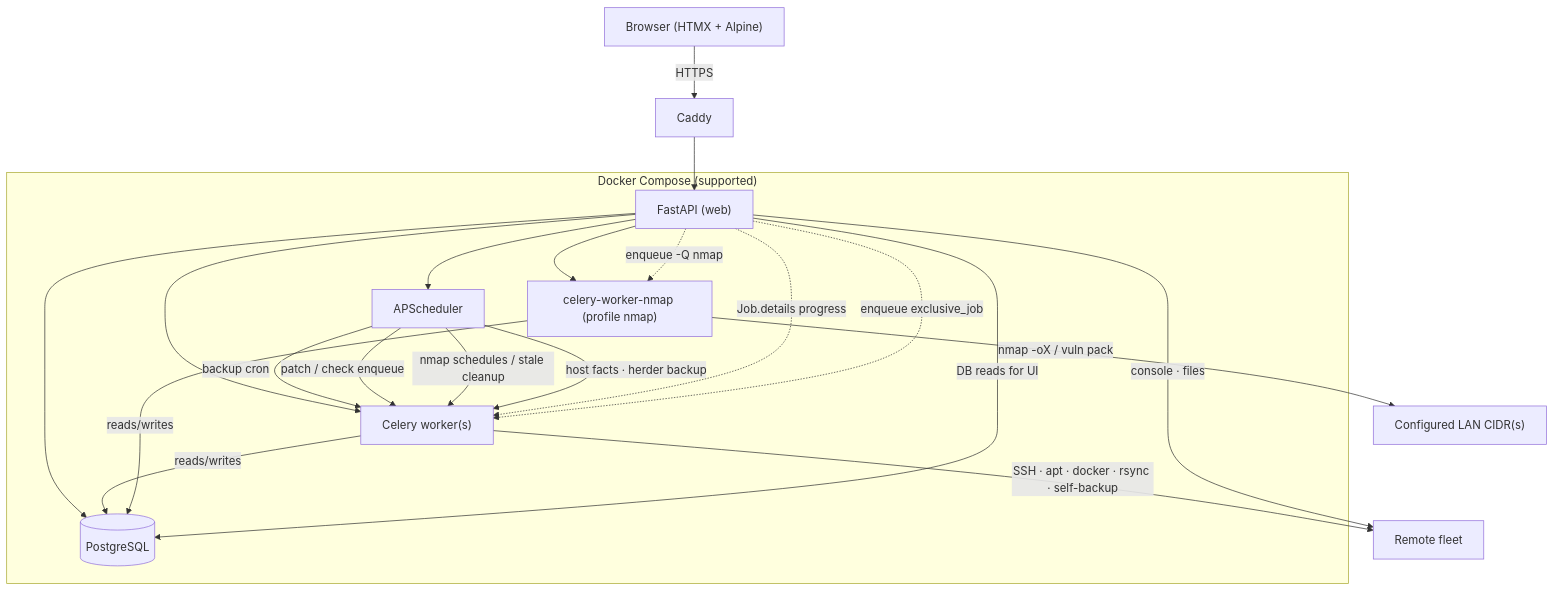
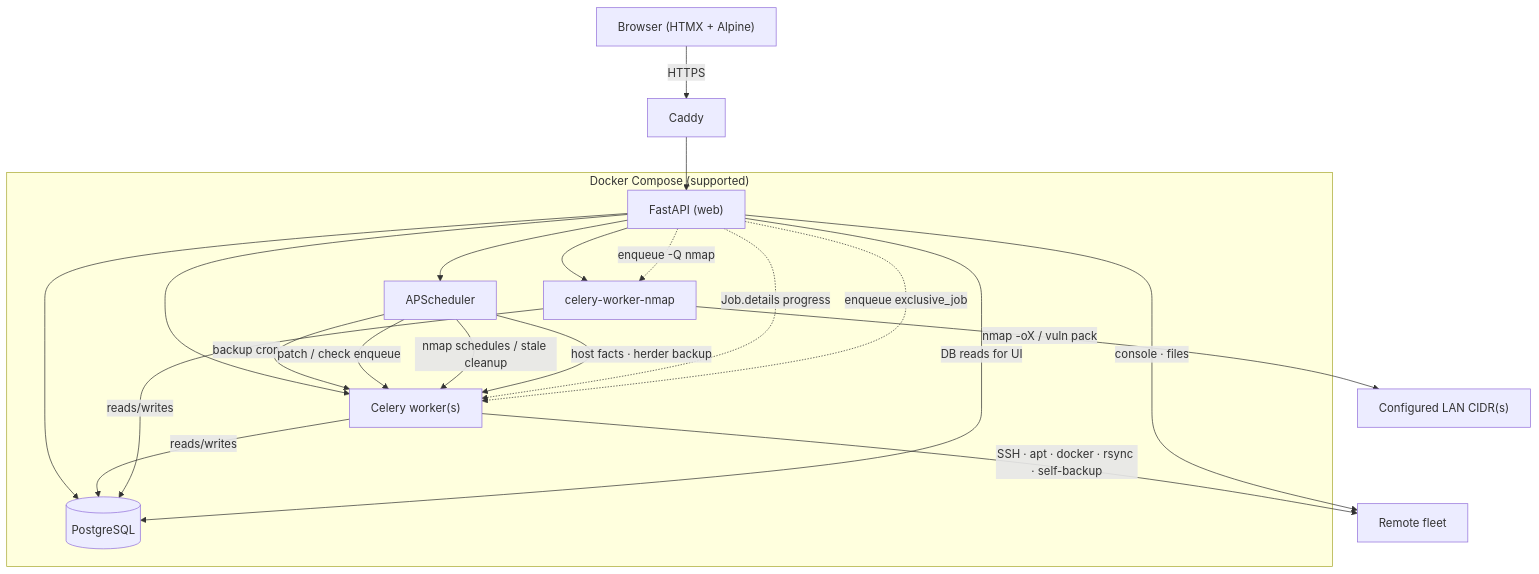
One commit to bjorngluck/piherder changed the diagram in wiki/developers/architecture.md. Above: the diagram before and after it, drawn with Mermaid. The commit also changed 11 other files, not shown here.

First line of the commit message:
compose: start the nmap worker with the stack

````diff
--- a/wiki/developers/architecture.md
+++ b/wiki/developers/architecture.md
@@ -3,26 +3,26 @@
 ```mermaid
 flowchart TB
     Browser["Browser (HTMX + Alpine)"] -->|HTTPS| Caddy
     Caddy --> FastAPI["FastAPI (web)"]
 
     subgraph Core["Docker Compose (supported)"]
         FastAPI --> DB[(PostgreSQL)]
         FastAPI --> Scheduler["APScheduler"]
         FastAPI --> Celery["Celery worker(s)"]
-        FastAPI --> CeleryNmap["celery-worker-nmap (profile nmap)"]
+        FastAPI --> CeleryNmap["celery-worker-nmap"]
     end
 
     Scheduler -->|backup cron| Celery
     Scheduler -->|patch / check enqueue| Celery
     Scheduler -->|nmap schedules / stale cleanup| Celery
     Scheduler -->|host facts · herder backup| Celery
     Celery -->|reads/writes| DB
     Celery -->|SSH · apt · docker · rsync · self-backup| PiFleet["Remote fleet"]
     CeleryNmap -->|nmap -oX / vuln pack| LAN["Configured LAN CIDR(s)"]
     CeleryNmap -->|reads/writes| DB
     FastAPI -->|console · files| PiFleet
     FastAPI -->|DB reads for UI| DB
     FastAPI -.->|Job.details progress| Celery
     FastAPI -.->|enqueue exclusive_job| Celery
     FastAPI -.->|enqueue -Q nmap| CeleryNmap
 ```
````
